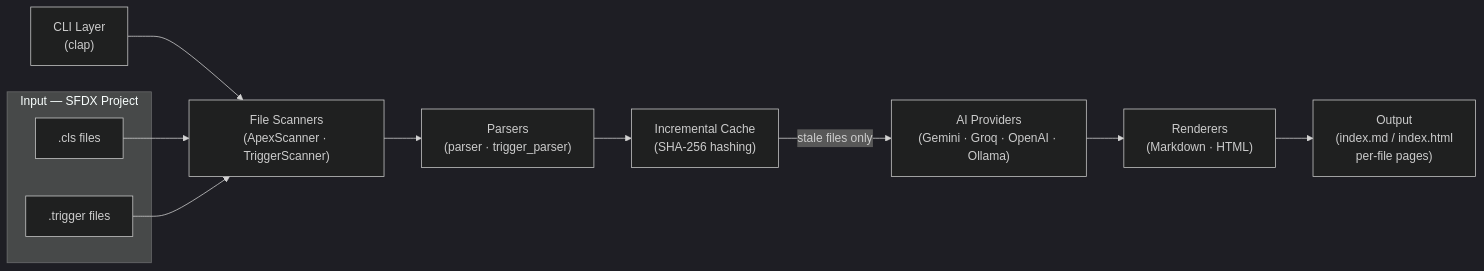
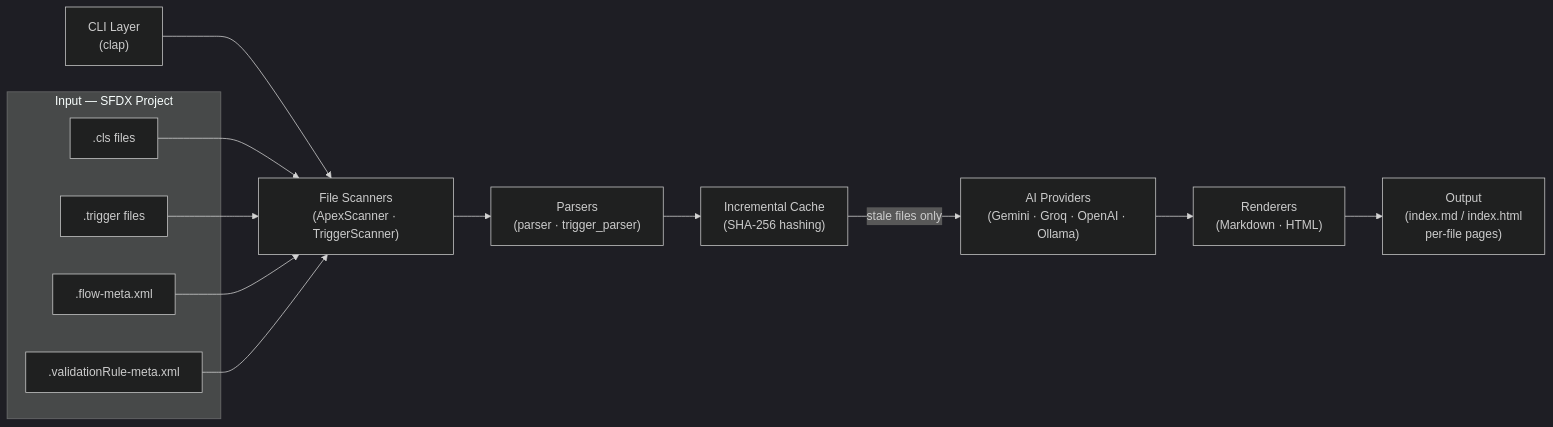
Before and after one commit to russellwtaylor/sf-docs: the first of 2 diagrams in project-plan.md, drawn with Mermaid (dark theme). The commit also changed other lines of this file and 15 other files, not shown here.

````diff
--- a/project-plan.md
+++ b/project-plan.md
@@ -90,16 +90,18 @@
 ```mermaid
 flowchart LR
     CLI["CLI Layer\n(clap)"] --> Scanner["File Scanners\n(ApexScanner · TriggerScanner)"]
     Scanner --> Parser["Parsers\n(parser · trigger_parser)"]
     Parser --> Cache["Incremental Cache\n(SHA-256 hashing)"]
     Cache -->|stale files only| AI["AI Providers\n(Gemini · Groq · OpenAI · Ollama)"]
     AI --> Renderer["Renderers\n(Markdown · HTML)"]
     Renderer --> Output["Output\n(index.md / index.html\nper-file pages)"]
 
     subgraph input [Input — SFDX Project]
         Cls[".cls files"]
         Trg[".trigger files"]
+        Flw[".flow-meta.xml"]
+        VR[".validationRule-meta.xml"]
     end
 
-    Cls & Trg --> Scanner
+    Cls & Trg & Flw & VR --> Scanner
 ```
````
